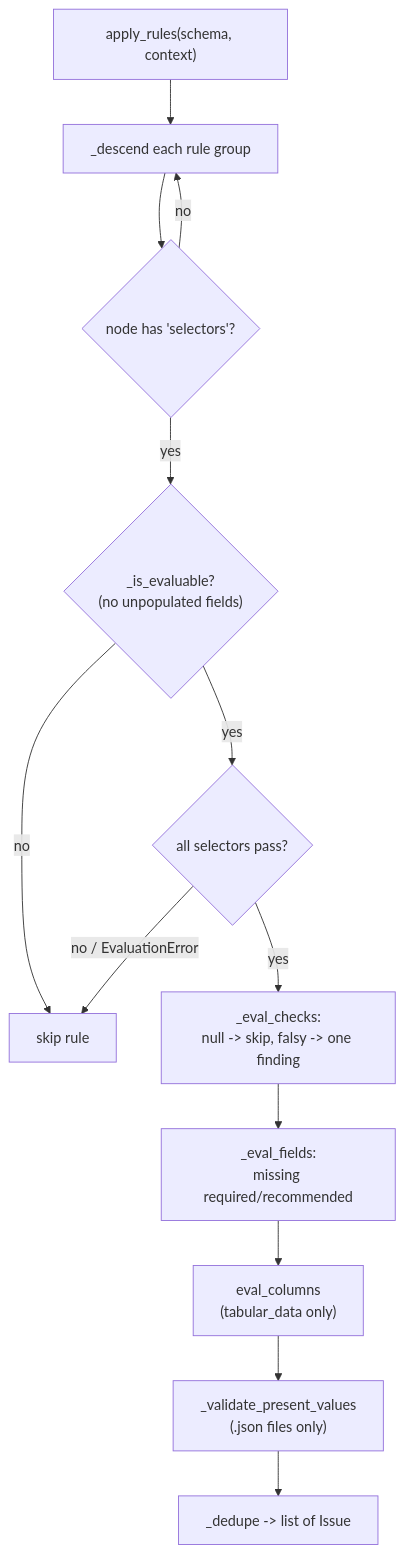
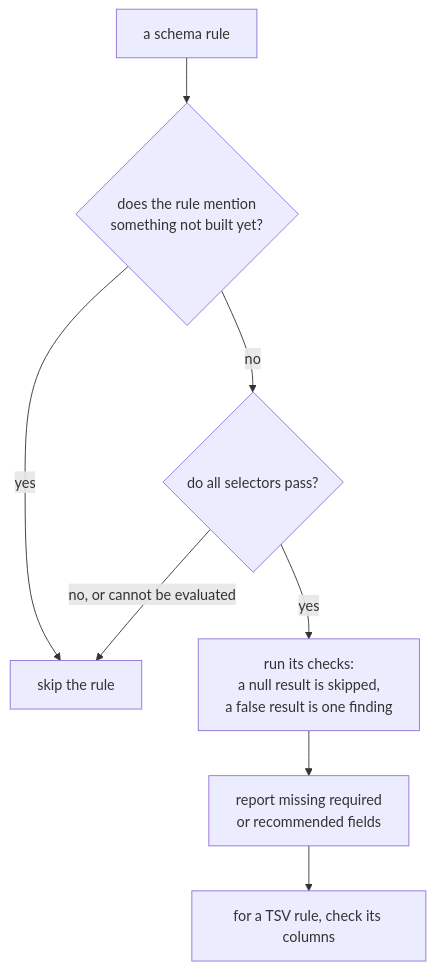
The fifth of 8 diagrams in docs/architecture.md (karellopez/python-validator), drawn with Mermaid before and after one commit. The commit also changed other lines of this file and 4 other files, not shown here.

First line of the commit message:
docs: add a "what changed" page and rewrite the architecture doc in plain prose

````diff
--- a/docs/architecture.md
+++ b/docs/architecture.md
@@ -301,15 +239,10 @@
 ```mermaid
 flowchart TD
-    AR["apply_rules(schema, context)"] --> DESC["_descend each rule group"]
-    DESC --> RULE{"node has 'selectors'?"}
-    RULE -- no --> DESC
-    RULE -- yes --> EVALU{"_is_evaluable?<br/>(no unpopulated fields)"}
-    EVALU -- no --> SKIPR["skip rule"]
-    EVALU -- yes --> SELS{"all selectors pass?"}
-    SELS -- "no / EvaluationError" --> SKIPR
-    SELS -- yes --> CH["_eval_checks:<br/>null -> skip, falsy -> one finding"]
-    CH --> FLD["_eval_fields:<br/>missing required/recommended"]
-    FLD --> COLS["eval_columns<br/>(tabular_data only)"]
-    COLS --> VALS["_validate_present_values<br/>(.json files only)"]
-    VALS --> DEDUP["_dedupe -> list of Issue"]
+    R["a schema rule"] --> EVAL{"does the rule mention<br/>something not built yet?"}
+    EVAL -- yes --> SKIP["skip the rule"]
+    EVAL -- no --> SEL{"do all selectors pass?"}
+    SEL -- "no, or cannot be evaluated" --> SKIP
+    SEL -- yes --> CH["run its checks:<br/>a null result is skipped,<br/>a false result is one finding"]
+    CH --> FLD["report missing required<br/>or recommended fields"]
+    FLD --> COL["for a TSV rule, check its columns"]
 ```
````
